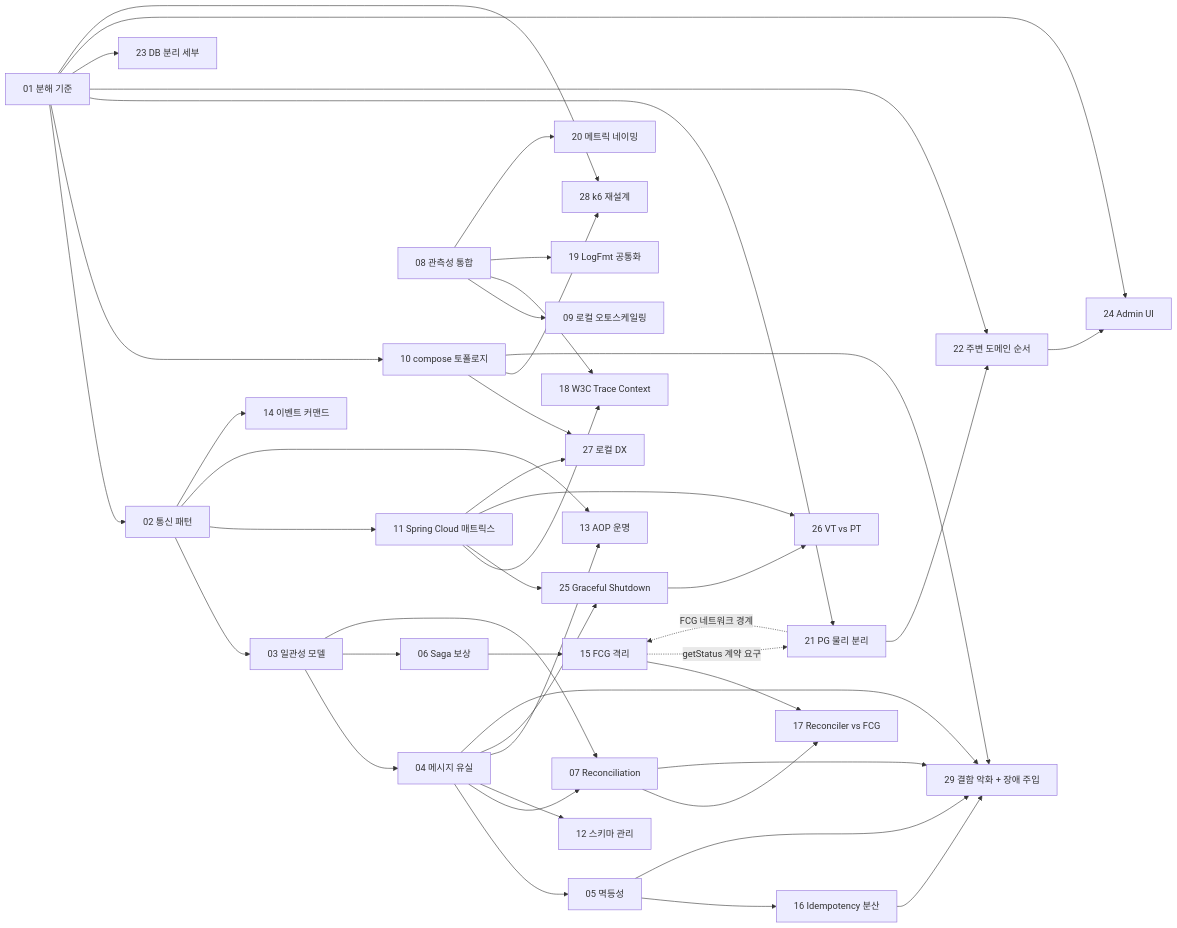
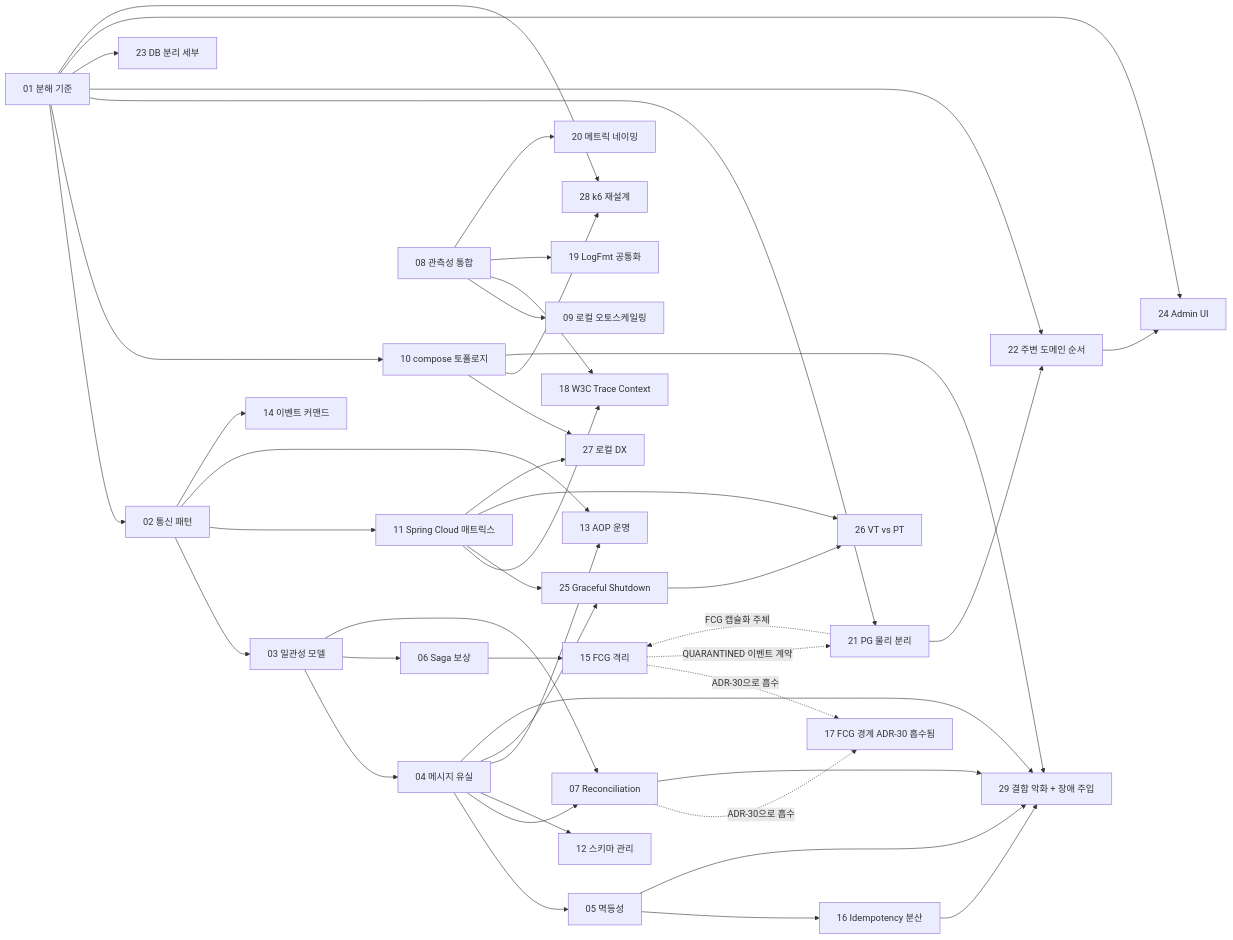
The eighth of 8 diagrams in docs/topics/MSA-TRANSITION.md (hyoguoo/payment-platform), drawn with Mermaid before and after one commit. The commit also changed other lines of this file and 3 other files, not shown here.

````diff
--- a/docs/topics/MSA-TRANSITION.md
+++ b/docs/topics/MSA-TRANSITION.md
@@ -525,57 +984,57 @@
 ```mermaid
 flowchart LR
     A01[01 분해 기준] --> A02[02 통신 패턴]
     A01 --> A10[10 compose 토폴로지]
     A01 --> A21[21 PG 물리 분리]
     A01 --> A22[22 주변 도메인 순서]
     A01 --> A23[23 DB 분리 세부]
     A01 --> A24[24 Admin UI]
     A01 --> A28[28 k6 재설계]
 
     A02 --> A03[03 일관성 모델]
     A02 --> A11[11 Spring Cloud 매트릭스]
     A02 --> A13[13 AOP 운명]
     A02 --> A14[14 이벤트 커맨드]
 
     A03 --> A04[04 메시지 유실]
     A03 --> A06[06 Saga 보상]
     A03 --> A07[07 Reconciliation]
 
     A04 --> A05[05 멱등성]
     A04 --> A07
     A04 --> A12[12 스키마 관리]
     A04 --> A13
     A04 --> A25[25 Graceful Shutdown]
     A04 --> A29[29 결함 악화 + 장애 주입]
 
     A05 --> A16[16 Idempotency 분산]
     A05 --> A29
 
     A06 --> A15[15 FCG 격리]
-    A07 --> A17[17 Reconciler vs FCG]
+    A07 -.->|ADR-30으로 흡수| A17[17 FCG 경계 ADR-30 흡수됨]
     A07 --> A29
 
     A08[08 관측성 통합] --> A09[09 로컬 오토스케일링]
     A08 --> A18[18 W3C Trace Context]
     A08 --> A19[19 LogFmt 공통화]
     A08 --> A20[20 메트릭 네이밍]
 
     A11 --> A18
     A11 --> A25
     A11 --> A26[26 VT vs PT]
     A11 --> A27[27 로컬 DX]
 
     A10 --> A27
     A10 --> A28
     A10 --> A29
 
-    A15 --> A17
+    A15 -.->|ADR-30으로 흡수| A17
     A16 --> A29
 
     A21 --> A22
     A22 --> A24
     A25 --> A26
 
-    A21 -.->|FCG 네트워크 경계| A15
-    A15 -.->|getStatus 계약 요구| A21
+    A21 -.->|FCG 캡슐화 주체| A15
+    A15 -.->|QUARANTINED 이벤트 계약| A21
 ```
````
